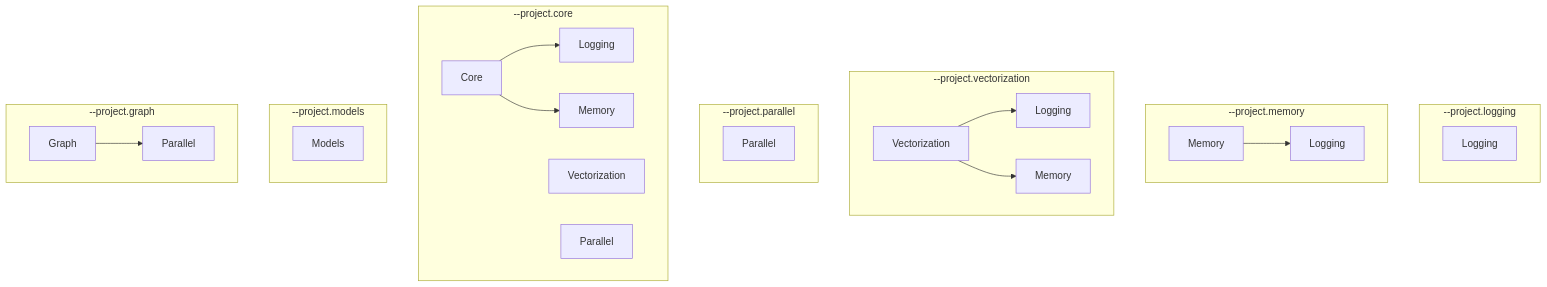
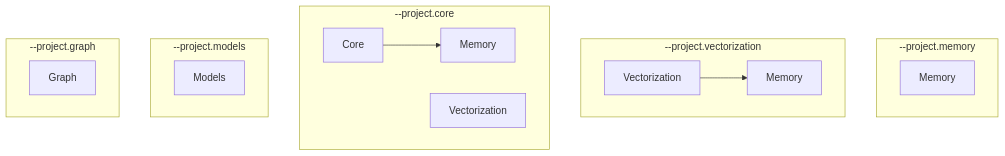
Before and after one commit to KhwarizmiAnalytix/XSigma: the fourth of 5 diagrams in Docs/PROJECT_DEPENDENCIES.md, drawn with Mermaid. The commit also changed other lines of this file and 100 other files, not shown here.

First line of the commit message:
Vendor Logging and Parallel as ThirdParty instead of keeping them in-tree.

````diff
--- a/Docs/PROJECT_DEPENDENCIES.md
+++ b/Docs/PROJECT_DEPENDENCIES.md
@@ -108,28 +128,19 @@
 ```mermaid
 flowchart TB
-  subgraph logging["--project.logging"]
-    L1[Logging]
-  end
   subgraph memory["--project.memory"]
-    M1[Memory] --> Lmem[Logging]
+    M1[Memory]
   end
   subgraph vectorization["--project.vectorization"]
-    V2[Vectorization] --> L2[Logging]
-    V2 --> M2[Memory]
-  end
-  subgraph parallel["--project.parallel"]
-    Par2[Parallel]
+    V2[Vectorization] --> M2[Memory]
   end
   subgraph core["--project.core"]
-    C3[Core] --> L3[Logging]
-    C3 --> M3[Memory]
+    C3[Core] --> M3[Memory]
     V3[Vectorization]
-    Par3[Parallel]
   end
   subgraph models["--project.models"]
     Mod1[Models]
   end
   subgraph graph_scope["--project.graph"]
-    G1[Graph] --> Par4[Parallel]
+    G1[Graph]
   end
 ```
````
